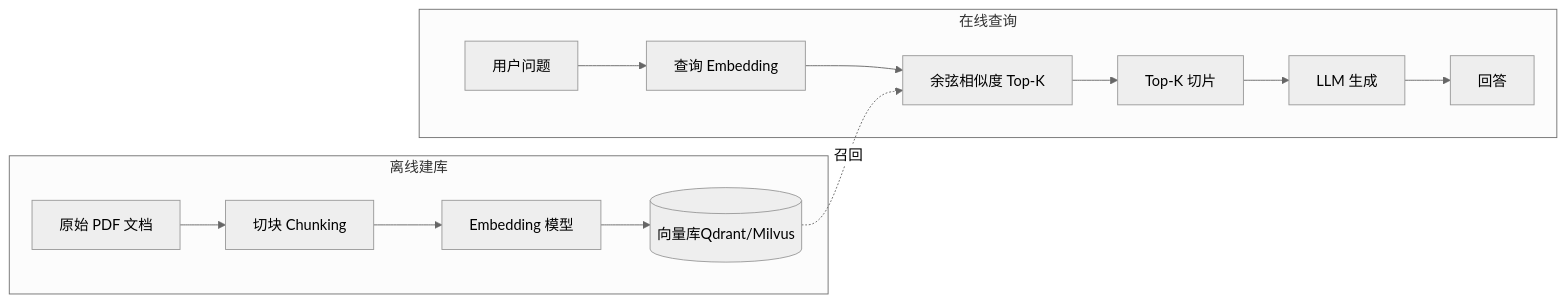
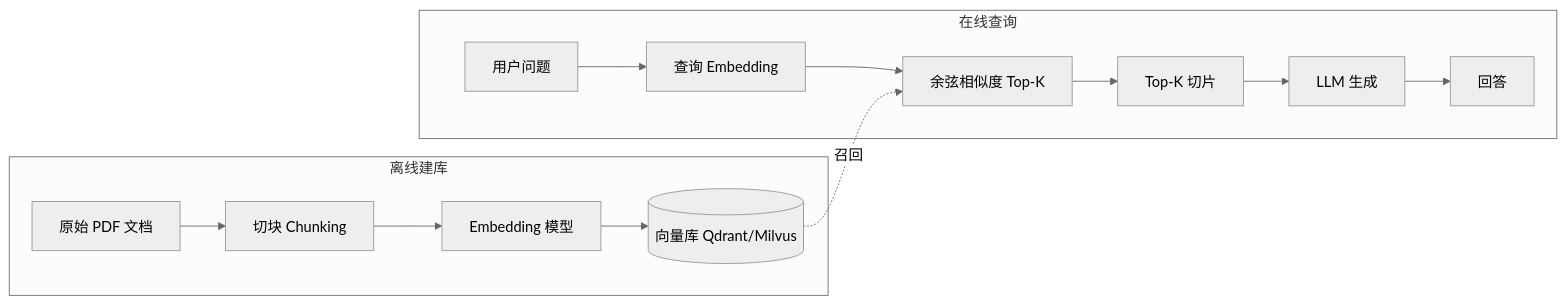
Before and after one commit to Laughingtt/kb-retrieval-sys: the first of 18 diagrams in docs/kb_retrieval_solutions.md, drawn with Mermaid (neutral theme). The commit also changed other lines of this file, not shown here.

````diff
--- a/docs/kb_retrieval_solutions.md
+++ b/docs/kb_retrieval_solutions.md
@@ -33,16 +35,16 @@
 ```mermaid
 flowchart LR
-    subgraph 离线建库
+    subgraph S1 [离线建库]
         A1[原始 PDF 文档] --> A2[切块 Chunking]
         A2 --> A3[Embedding 模型]
-        A3 --> A4[(向量库Qdrant/Milvus)]
+        A3 --> A4[(向量库 Qdrant/Milvus)]
     end
-    subgraph 在线查询
+    subgraph S2 [在线查询]
         Q1[用户问题] --> Q2[查询 Embedding]
         Q2 --> Q3[余弦相似度 Top-K]
         A4 -.召回.-> Q3
         Q3 --> Q4[Top-K 切片]
         Q4 --> Q5[LLM 生成]
         Q5 --> Q6[回答]
     end
 ```
````
